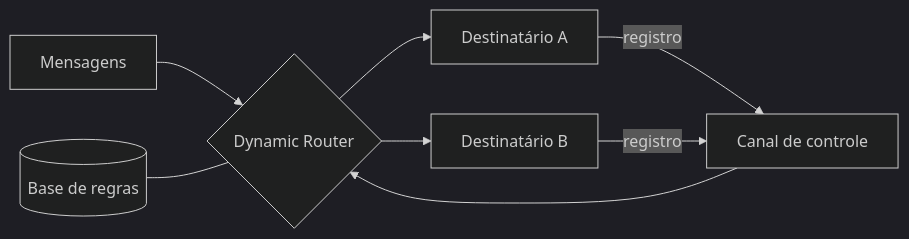
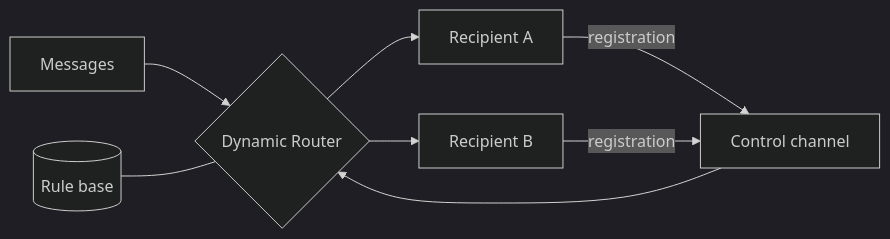
One commit to alancesar/design-patterns changed the diagram in docs/architecture/eip/message-routing/dynamic-router.md. Above: the diagram before and after it, drawn with Mermaid (dark theme). The commit also changed 258 other files, not shown here.

First line of the commit message:
Translate Mermaid diagrams to English

````diff
--- a/docs/architecture/eip/message-routing/dynamic-router.md
+++ b/docs/architecture/eip/message-routing/dynamic-router.md
@@ -50,10 +50,10 @@
 ```mermaid
 flowchart LR
-    IN["Mensagens"] --> R{"Dynamic Router"}
-    BR[("Base de regras")] --- R
-    A["Destinatário A"] -->|"registro"| C["Canal de controle"]
-    B["Destinatário B"] -->|"registro"| C
+    IN["Messages"] --> R{"Dynamic Router"}
+    BR[("Rule base")] --- R
+    A["Recipient A"] -->|"registration"| C["Control channel"]
+    B["Recipient B"] -->|"registration"| C
     C --> R
     R --> A
     R --> B
 ```
````
